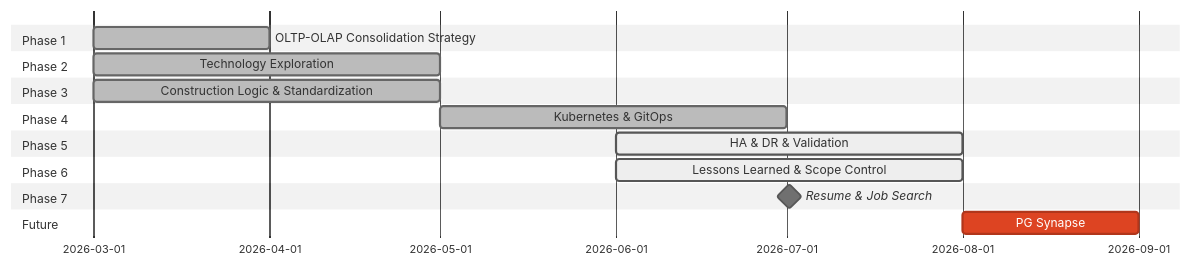
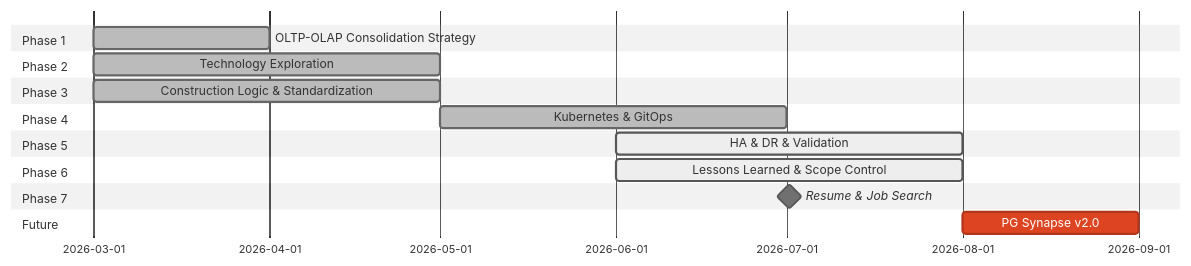
Before and after one commit to Junwu0615/PG-Core: the diagram in README.md, drawn with Mermaid (neutral theme). The commit also changed other lines of this file, not shown here.

````diff
--- a/README.md
+++ b/README.md
@@ -872,28 +872,28 @@
 ```mermaid
 gantt
     dateFormat YYYY-MM
 
     section Phase 1
     OLTP-OLAP Consolidation Strategy            :done, a1, 2026-03, 1M
 
     section Phase 2
     Technology Exploration                      :done, a2, 2026-03, 2M
 
     section Phase 3
     Construction Logic & Standardization        :done, a3, 2026-03, 2M
 
     section Phase 4
     Kubernetes & GitOps                         :done, a4, 2026-05, 2M
 
     section Phase 5
     HA & DR & Validation                        :active, a5, 2026-06, 2M
 
     section Phase 6
     Lessons Learned & Scope Control             :active, a6, 2026-06, 2M
 
     section Phase 7
     Resume & Job Search                         :milestone, a7, 2026-07, 1d
 
     section Future
-    PG Synapse                                  :crit, a8, 2026-08, 1M
+    PG Synapse v2.0                             :crit, a8, 2026-08, 1M
 ```
````
